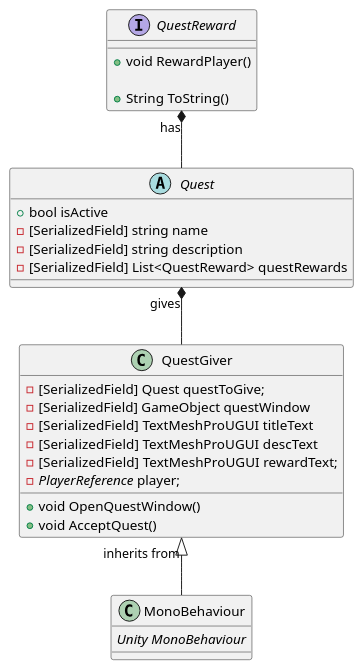
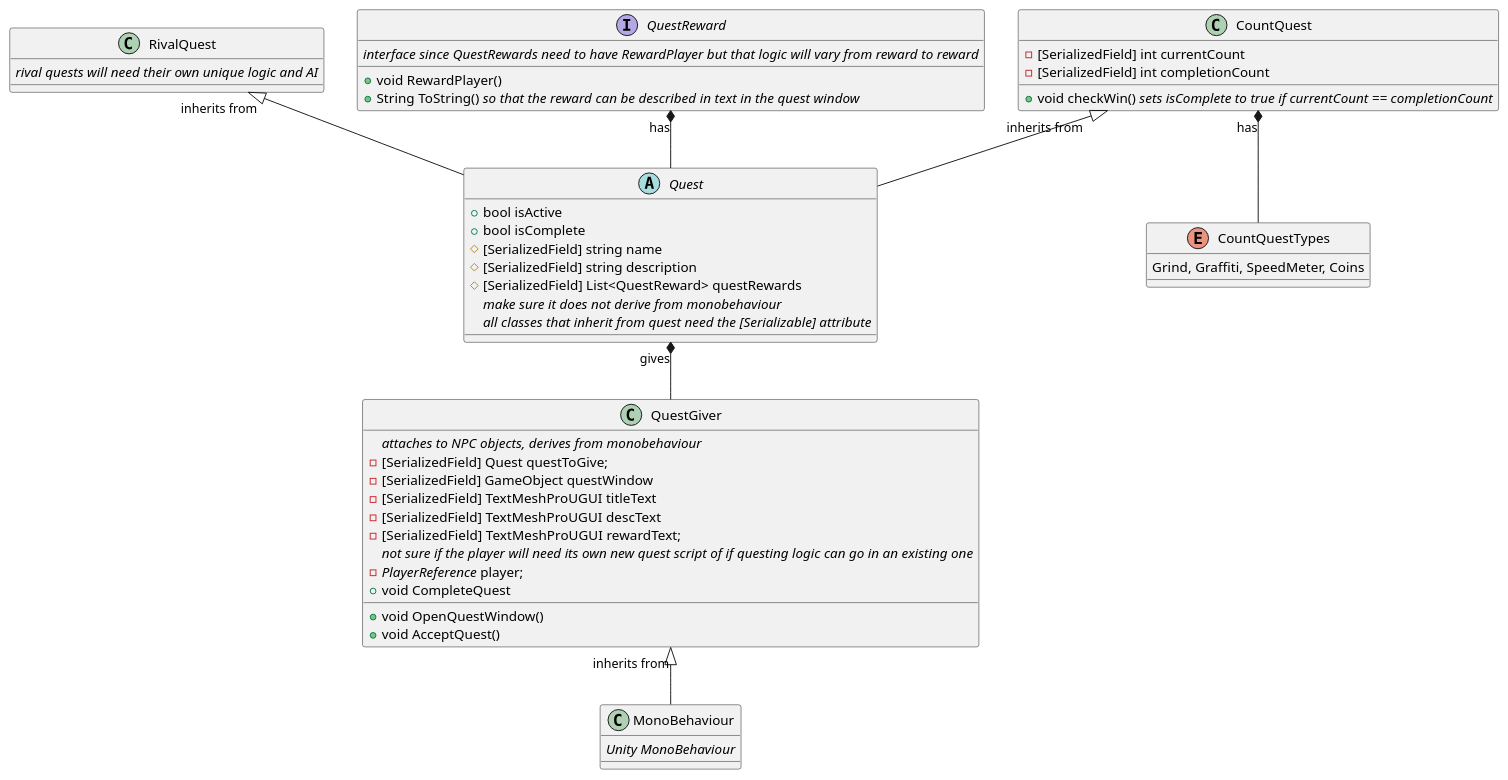
The diagram in RAIL_GRIND_RUMBLE/Assets/Scripts/Pete/Quest System/QuestSystemPlanning.puml (Venyxx/VEX_RAIL_GRIND_RUMBLE), drawn with PlantUML before and after one commit. The commit also changed 9 other files, not shown here.

```diff
--- a/RAIL_GRIND_RUMBLE/Assets/Scripts/Pete/Quest System/QuestSystemPlanning.puml
+++ b/RAIL_GRIND_RUMBLE/Assets/Scripts/Pete/Quest System/QuestSystemPlanning.puml
@@ -1,52 +1,73 @@
 @startuml
 'https://plantuml.com/class-diagram
 
 'STILL IN PROGRESS
 
 class MonoBehaviour
 {
-//Unity MonoBehaviour//
+    //Unity MonoBehaviour//
 }
-'make sure it does not derive from monobehaviour 
-'all classes that inherit from quest need the [Serializable] attribute
+
 abstract class Quest
 {
-+ bool isActive
--[SerializedField] string name
--[SerializedField] string description
--[SerializedField] List<QuestReward> questRewards
-
+    +bool isActive
+    +bool isComplete
+    #[SerializedField] string name
+    #[SerializedField] string description
+    #[SerializedField] List<QuestReward> questRewards
+    //make sure it does not derive from monobehaviour//
+    //all classes that inherit from quest need the [Serializable] attribute//
 }
 
-'attaches to NPC objects, derives from monobehaviour
+class CountQuest
+{
+    -[SerializedField] int currentCount
+    -[SerializedField] int completionCount
+    
+    +void checkWin() //sets isComplete to true if currentCount == completionCount// 
+}
+
+enum CountQuestTypes
+{
+    Grind, Graffiti, SpeedMeter, Coins
+}
+
+
+
+class RivalQuest
+{
+    //rival quests will need their own unique logic and AI//
+}
+
+
 class QuestGiver
 {
--[SerializedField] Quest questToGive;
--[SerializedField] GameObject questWindow
--[SerializedField] TextMeshProUGUI titleText
--[SerializedField] TextMeshProUGUI descText
--[SerializedField] TextMeshProUGUI rewardText;
-'not sure if the player will need its own new quest script of if questing logic can go in an existing one
-- //PlayerReference// player;
-+void OpenQuestWindow()
-+void AcceptQuest()
+    //attaches to NPC objects, derives from monobehaviour//
+    -[SerializedField] Quest questToGive;
+    -[SerializedField] GameObject questWindow
+    -[SerializedField] TextMeshProUGUI titleText
+    -[SerializedField] TextMeshProUGUI descText
+    -[SerializedField] TextMeshProUGUI rewardText;
+    //not sure if the player will need its own new quest script of if questing logic can go in an existing one//
+    - //PlayerReference// player;
+    +void OpenQuestWindow()
+    +void AcceptQuest()
+    +void CompleteQuest
 }
 
-'interface since QuestRewards need to have RewardPlayer, but that logic will be very different from Reward to Reward
+
 interface QuestReward
 {
-
-'a QuestReward must be able to reward the player. Depending on the type of reward, this will do various things, so this method is not implemented in the interface
-+void RewardPlayer()
-
-'so that the reward can be described in the quest window'
-+String ToString()
+    //interface since QuestRewards need to have RewardPlayer but that logic will vary from reward to reward//
+    +void RewardPlayer()
+    +String ToString() //so that the reward can be described in text in the quest window//
 }
 
 QuestReward "has" *-- Quest
 Quest "gives" *-- QuestGiver
 QuestGiver "inherits from"<|-- MonoBehaviour
-
-
+CountQuest "inherits from"<|-- Quest
+RivalQuest "inherits from"<|-- Quest
+CountQuest "has" *-- CountQuestTypes
 
 @enduml
```
